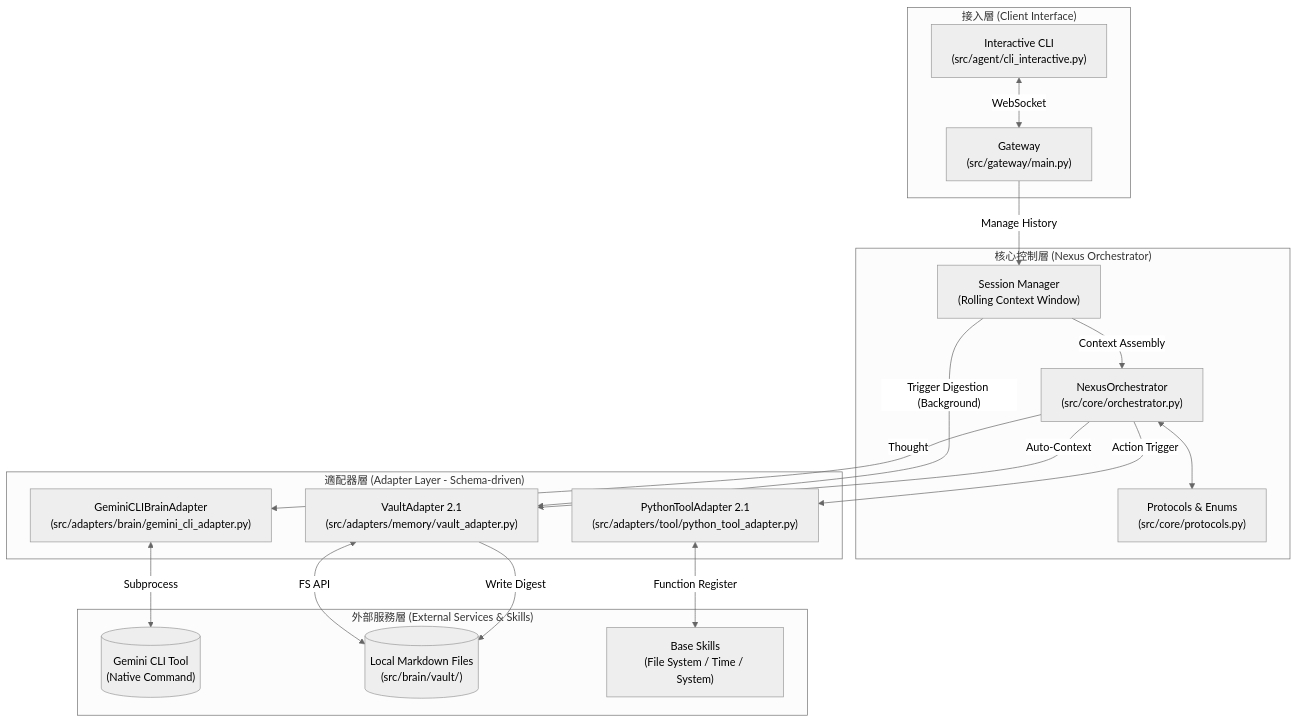
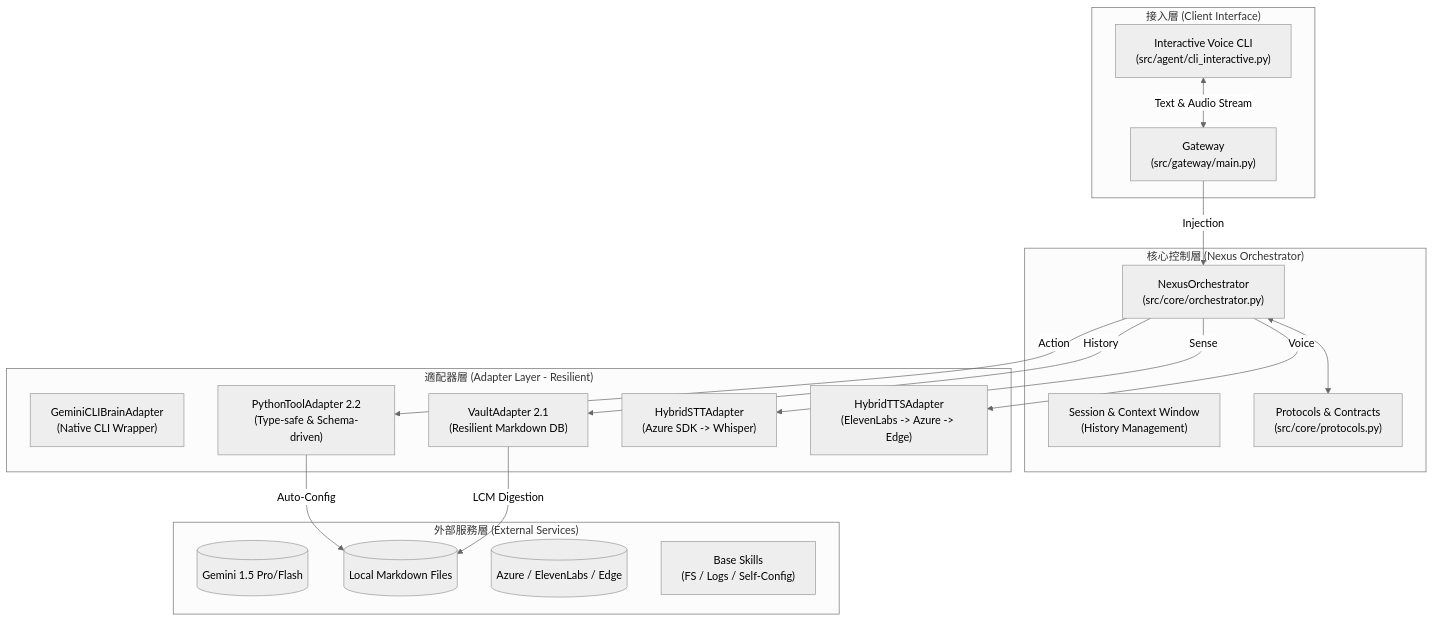
One commit to tori-kago/nexus changed the diagram in CURRENT_ARCHITECTURE.md. Above: the diagram before and after it, drawn with Mermaid (neutral theme). The commit also changed other lines of this file and 11 other files, not shown here.

````diff
--- a/CURRENT_ARCHITECTURE.md
+++ b/CURRENT_ARCHITECTURE.md
@@ -7,45 +7,43 @@
 ```mermaid
 graph TD
     subgraph "接入層 (Client Interface)"
         Gateway["Gateway<br/>(src/gateway/main.py)"]
-        Interactive_CLI["Interactive CLI<br/>(src/agent/cli_interactive.py)"]
+        Interactive_CLI["Interactive Voice CLI<br/>(src/agent/cli_interactive.py)"]
     end
 
     subgraph "核心控制層 (Nexus Orchestrator)"
         Flow_Manager["NexusOrchestrator<br/>(src/core/orchestrator.py)"]
-        Session_Manager["Session Manager<br/>(Rolling Context Window)"]
-        Protocols["Protocols & Enums<br/>(src/core/protocols.py)"]
+        Session_Manager["Session & Context Window<br/>(History Management)"]
+        Protocols["Protocols & Contracts<br/>(src/core/protocols.py)"]
     end
 
-    subgraph "適配器層 (Adapter Layer - Schema-driven)"
-        Brain_Adapter["GeminiCLIBrainAdapter<br/>(src/adapters/brain/gemini_cli_adapter.py)"]
-        Memory_Adapter["VaultAdapter 2.1<br/>(src/adapters/memory/vault_adapter.py)"]
-        Tool_Adapter["PythonToolAdapter 2.1<br/>(src/adapters/tool/python_tool_adapter.py)"]
+    subgraph "適配器層 (Adapter Layer - Resilient)"
+        Brain_Adapter["GeminiCLIBrainAdapter<br/>(Native CLI Wrapper)"]
+        Memory_Adapter["VaultAdapter 2.1<br/>(Resilient Markdown DB)"]
+        Tool_Adapter["PythonToolAdapter 2.2<br/>(Type-safe & Schema-driven)"]
+        STT_Adapter["HybridSTTAdapter<br/>(Azure SDK -> Whisper)"]
+        TTS_Adapter["HybridTTSAdapter<br/>(ElevenLabs -> Azure -> Edge)"]
     end
 
-    subgraph "外部服務層 (External Services & Skills)"
-        Gemini_CLI[("Gemini CLI Tool<br/>(Native Command)")]
-        Vault_Storage[("Local Markdown Files<br/>(src/brain/vault/)")]
-        Base_Skills["Base Skills<br/>(File System / Time / System)"]
+    subgraph "外部服務層 (External Services)"
+        LLM_Provider[("Gemini 1.5 Pro/Flash")]
+        Vault_Storage[("Local Markdown Files")]
+        Cloud_APIs[("Azure / ElevenLabs / Edge")]
+        Base_Skills["Base Skills<br/>(FS / Logs / Self-Config)"]
     end
 
     %% 請求流向 (WebSocket/REST)
-    Interactive_CLI <-->|WebSocket| Gateway
-    Gateway -- "Manage History" --> Session_Manager
-    Session_Manager -- "Context Assembly" --> Flow_Manager
+    Interactive_CLI <-->|Text & Audio Stream| Gateway
+    Gateway -- "Injection" --> Flow_Manager
     
     %% 核心呼叫 Adapters
     Flow_Manager <--> Protocols
-    Flow_Manager -- "Auto-Context" --> Memory_Adapter
-    Flow_Manager -- "Action Trigger" --> Tool_Adapter
-    Flow_Manager -- "Thought" --> Brain_Adapter
+    Flow_Manager -- "Action" --> Tool_Adapter
+    Flow_Manager -- "Sense" --> STT_Adapter
+    Flow_Manager -- "Voice" --> TTS_Adapter
+    Flow_Manager -- "History" --> Memory_Adapter
 
-    %% 記憶消化流程 (LCM)
-    Session_Manager -- "Trigger Digestion (Background)" --> Memory_Adapter
-    Memory_Adapter -- "Write Digest" --> Vault_Storage
-
-    %% Adapters 呼叫外部
-    Brain_Adapter <-->|Subprocess| Gemini_CLI
-    Memory_Adapter <-->|FS API| Vault_Storage
-    Tool_Adapter <-->|Function Register| Base_Skills
+    %% 關鍵流程
+    Tool_Adapter -- "Auto-Config" --> Vault_Storage
+    Memory_Adapter -- "LCM Digestion" --> Vault_Storage
 ```
````
